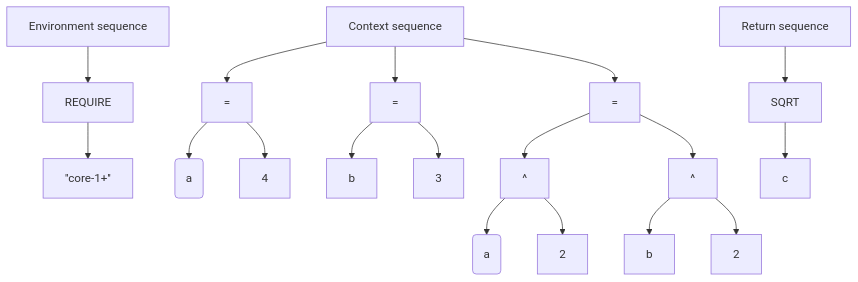
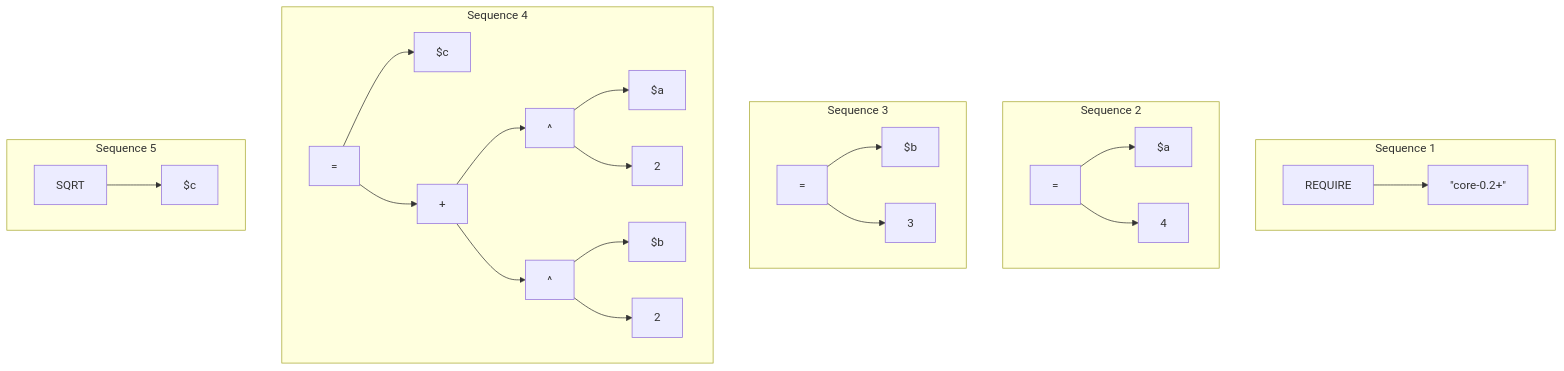
Before and after one commit to Adisoreq/FormuLang: the diagram in docs/semantics/parsing.md, drawn with Mermaid. The commit also changed other lines of this file and 137 other files, not shown here.

````diff
--- a/docs/semantics/parsing.md
+++ b/docs/semantics/parsing.md
@@ -60,26 +102,32 @@
 ```mermaid
 graph TD
 
-ES[Environment sequence]
-    ES --> REQUIRE
-    REQUIRE --> C1["''core-1+''"]
+subgraph S1["Sequence 1"]
+    REQ[REQUIRE] --> T1["#quot;core-0.2+#quot;"]
+end
 
-CS[Context sequence]
-    CS --> R1[=]
-        R1 --> A1(a)
-        R1 --> 4
-    CS --> R2[=]
-        R2 --> B1[b]
-        R2 --> 3
-    CS --> R3[=]
-        R3 --> POW1[^]
-            POW1 --> A2(a)
-            POW1 --> 2_1[2]
-        R3 --> POW2[^]
-            POW2 --> B2[b]
-            POW2 --> 2_2[2]
+subgraph S2["Sequence 2"]
+    R1["="] --> A1["$a"]
+    R1 --> N4["4"]
+end
 
-RS[Return sequence]
-    RS --> SQRT
-        SQRT --> c
+subgraph S3["Sequence 3"]
+    R2["="] --> B1["$b"]
+    R2 --> N3["3"]
+end
+
+subgraph S4["Sequence 4"]
+    R3["="] --> C1["$c"]
+    R3 --> ADD1["+"]
+    ADD1 --> POW1["^"]
+        POW1 --> A2["$a"]
+        POW1 --> N2_1["2"]
+    ADD1 --> POW2["^"]
+        POW2 --> B2["$b"]
+        POW2 --> N2_2["2"]
+end
+
+subgraph S5["Sequence 5"]
+    SQRT[SQRT] --> C2["$c"]
+end
 ```
````
